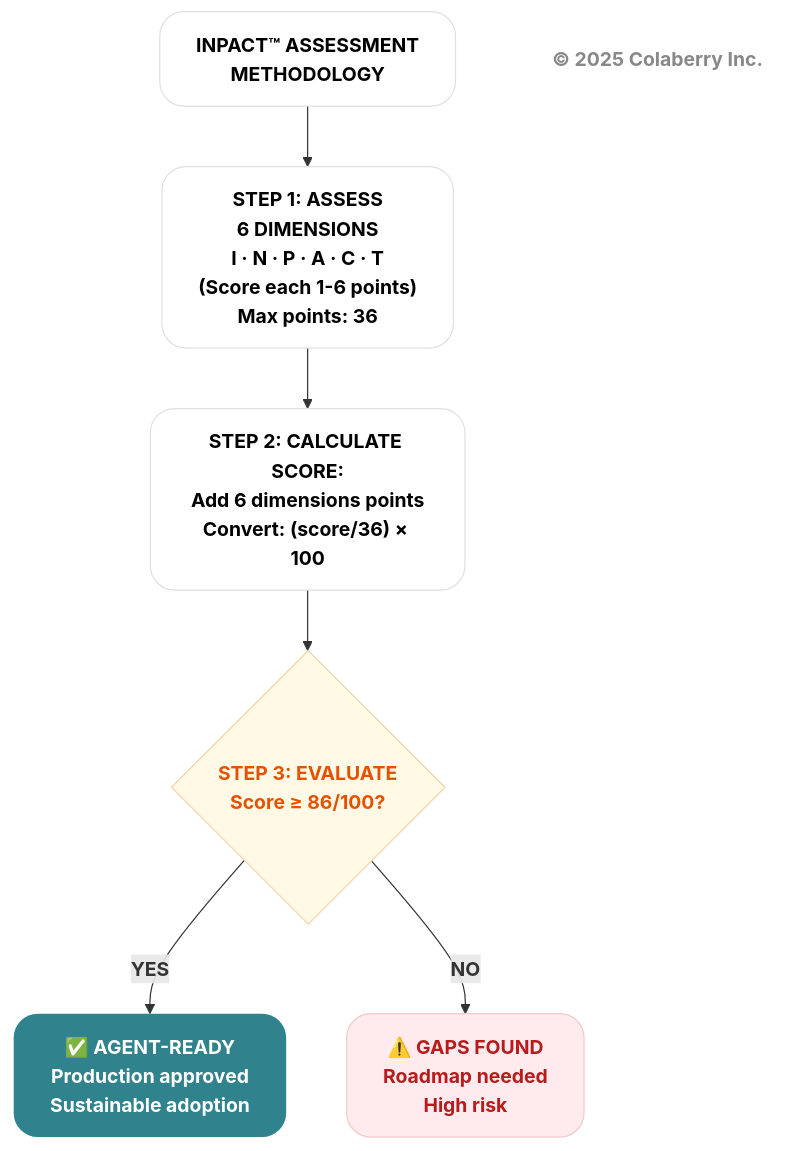
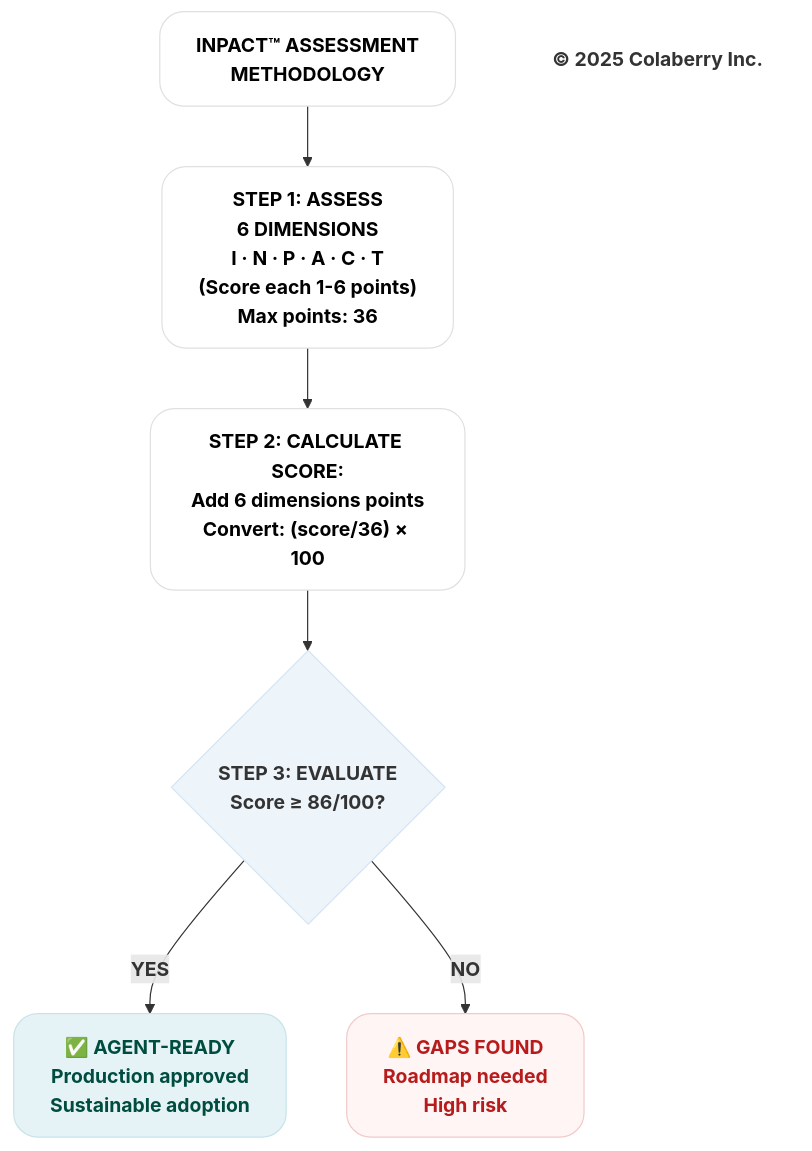
Before and after one commit to saitejesh-cyber/trust-before-intelligence-book: the fifth of 12 diagrams in manuscript/03_chapter_2_inpact_framework.md, drawn with Mermaid. The commit also changed other lines of this file and 4 other files, not shown here.

````diff
--- a/manuscript/03_chapter_2_inpact_framework.md
+++ b/manuscript/03_chapter_2_inpact_framework.md
@@ -292,37 +292,37 @@
 ```mermaid
 graph TB
     TITLE["<b>INPACT™ ASSESSMENT<br/> METHODOLOGY</b>"]
     
     ASSESS["<b>STEP 1: ASSESS<br/> 6 DIMENSIONS</b><br/><b>I · N · P · A · C · T</b><br/><b>(Score each 1-6 points)</br>Max points: 36</b>"]
     
     CALC["<b>STEP 2: CALCULATE SCORE:</b><br/><b>Add 6 dimensions points</b><br/><b>Convert: (score/36) × 100</b>"]
     
     DECISION{"<b>STEP 3: EVALUATE</b><br/><b>Score ≥ 86/100?</b>"}
     
     READY["<b>✅ AGENT-READY</b><br/><b>Production approved</b><br/><b>Sustainable adoption</b>"]
     
     GAPS["<b>⚠️ GAPS FOUND</b><br/><b>Roadmap needed</b><br/><b>High risk</b>"]
     
     COPYRIGHT["<b>© 2025 Colaberry Inc.</b>"]
     
     TITLE --> ASSESS --> CALC --> DECISION
     DECISION -->|<b>YES</b>| READY
     DECISION -->|<b>NO</b>| GAPS
 
     %% ⚪ CONTEXT / FRAMING
     style TITLE fill:#ffffff,stroke:#e0e0e0,stroke-width:1px,color:#000000,rx:20,ry:20
     style ASSESS fill:#ffffff,stroke:#e0e0e0,stroke-width:1px,color:#000000,rx:20,ry:20
     style CALC fill:#ffffff,stroke:#e0e0e0,stroke-width:1px,color:#000000,rx:20,ry:20
 
     %% 🟠 DECISION / PRESSURE POINT
-    style DECISION fill:#fff9e6,stroke:#f2d3a7,stroke-width:1px,color:#e65100,rx:20,ry:20
+    style DECISION fill:#edf4fa,stroke:#d6e4f2,stroke-width:1px,color:#333333,rx:20,ry:20
 
     %% 🟢 TRUSTED / INPACT™-FULFILLED
-    style READY fill:#30838C,stroke:none,color:#ffffff,rx:20,ry:20
+    style READY fill:#e6f3f6,stroke:#c7e3ea,stroke-width:1px,color:#004d40,rx:20,ry:20
 
     %% 🔴 FAILURE / RISK
-    style GAPS fill:#ffebee,stroke:#f2caca,stroke-width:1px,color:#b71c1c,rx:20,ry:20
+    style GAPS fill:#fff5f5,stroke:#f2caca,stroke-width:1px,color:#b71c1c,rx:20,ry:20
 
     %% FOOTER
-    style COPYRIGHT fill:none,stroke:none,color:#888888
+    style COPYRIGHT fill:none,stroke:none,color:#333333
 ```
````
